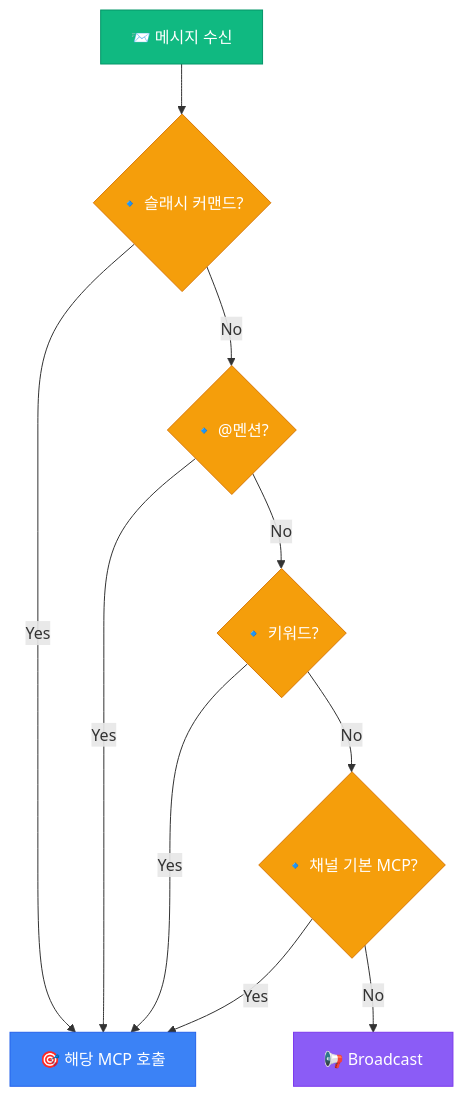
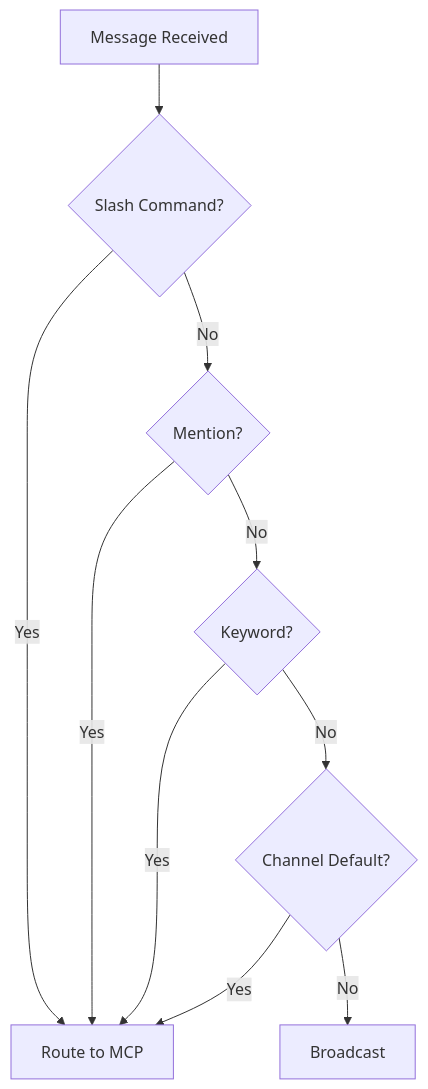
The diagram in content/ko/post/2026-03-01-012-discord-mcp-선택-전략.md (yarang/blogs), drawn with Mermaid before and after one commit. The commit also changed 3 other files, not shown here.

First line of the commit message:
Simplify Mermaid diagrams for web compatibility

````diff
--- a/content/ko/post/2026-03-01-012-discord-mcp-선택-전략.md
+++ b/content/ko/post/2026-03-01-012-discord-mcp-선택-전략.md
@@ -84,18 +84,12 @@
 ```mermaid
 flowchart TD
-    %% 스타일 정의
-    classDef start fill:#10B981,stroke:#059669,color:#fff
-    classDef decision fill:#F59E0B,stroke:#D97706,color:#fff
-    classDef action fill:#3B82F6,stroke:#2563EB,color:#fff
-    classDef broadcast fill:#8B5CF6,stroke:#7C3AED,color:#fff
-
-    A[📨 메시지 수신]:::start --> B{🔹 슬래시 커맨드?}:::decision
-    B -->|Yes| C[🎯 해당 MCP 호출]:::action
-    B -->|No| D{🔹 @멘션?}:::decision
+    A[Message Received] --> B{Slash Command?}
+    B -->|Yes| C[Route to MCP]
+    B -->|No| D{Mention?}
     D -->|Yes| C
-    D -->|No| E{🔹 키워드?}:::decision
+    D -->|No| E{Keyword?}
     E -->|Yes| C
-    E -->|No| F{🔹 채널 기본 MCP?}:::decision
+    E -->|No| F{Channel Default?}
     F -->|Yes| C
-    F -->|No| G[📢 Broadcast]:::broadcast
+    F -->|No| G[Broadcast]
 ```
````
